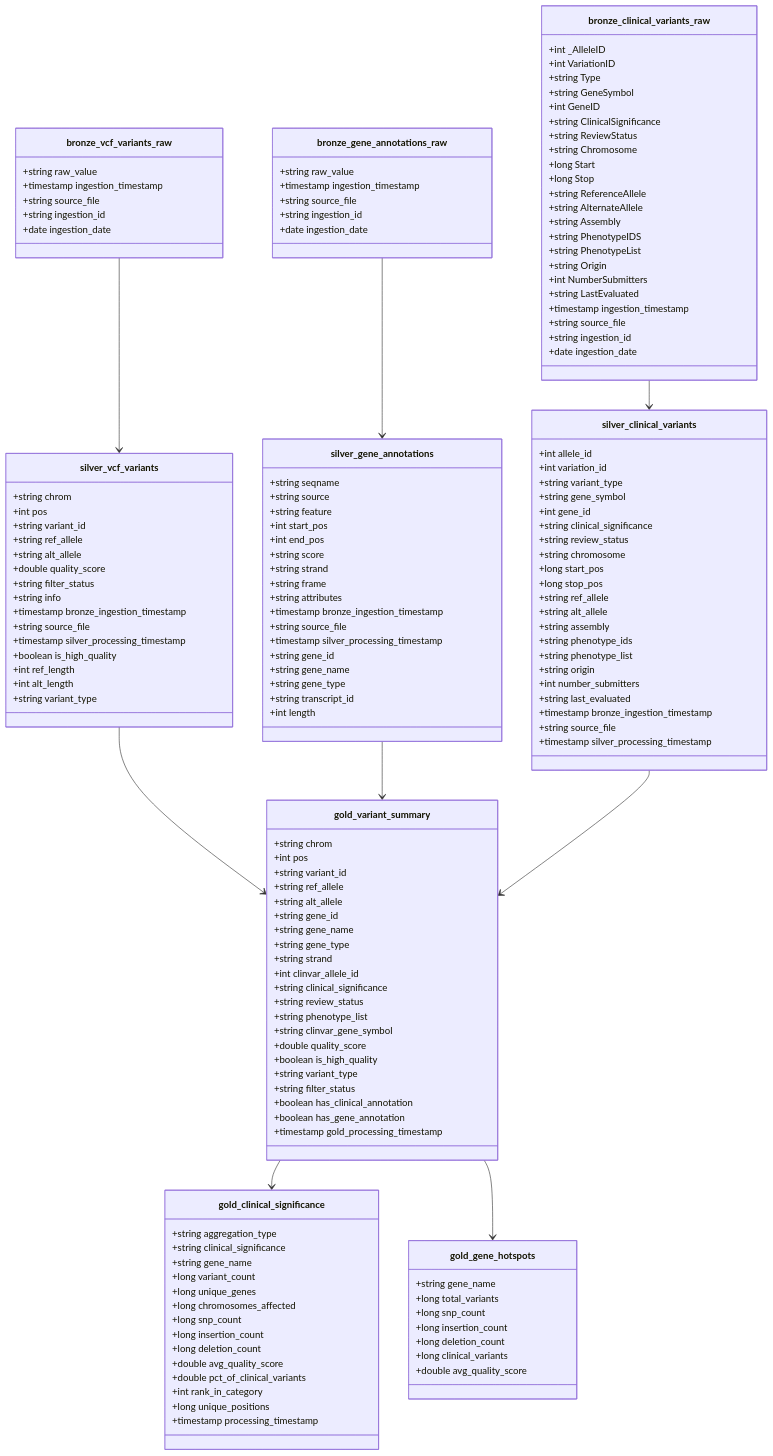
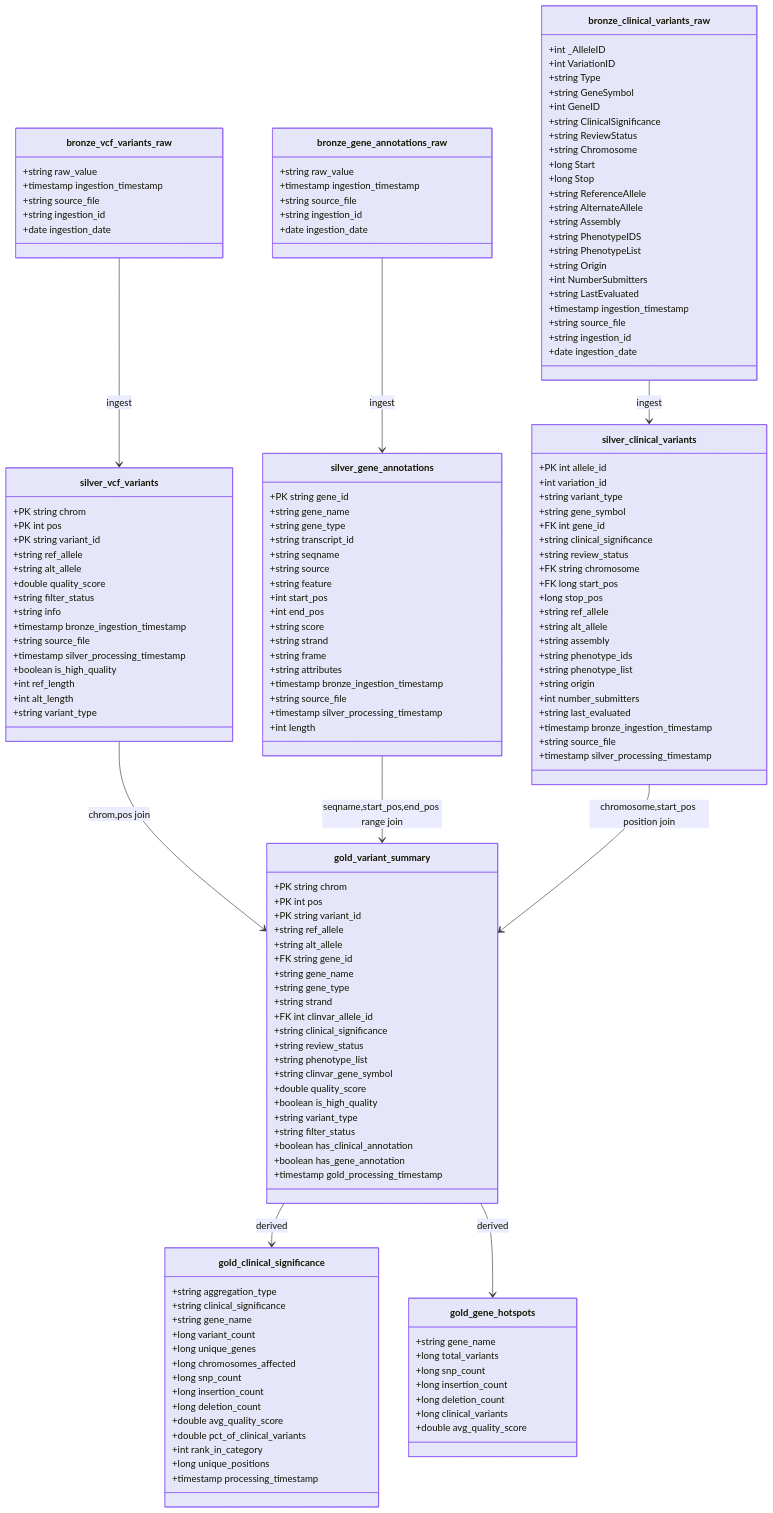
One commit to Manasa0512/Databricks changed the second of 2 diagrams in pipeline_diagram.md. Above: the diagram before and after it, drawn with Mermaid. The commit also changed other lines of this file, not shown here.

````diff
--- a/pipeline_diagram.md
+++ b/pipeline_diagram.md
@@ -101,9 +101,9 @@
         +date ingestion_date
     }
     class silver_vcf_variants {
-        +string chrom
-        +int pos
-        +string variant_id
+        +PK string chrom
+        +PK int pos
+        +PK string variant_id
         +string ref_allele
         +string alt_allele
         +double quality_score
@@ -118,6 +118,10 @@
         +string variant_type
     }
     class silver_gene_annotations {
+        +PK string gene_id
+        +string gene_name
+        +string gene_type
+        +string transcript_id
         +string seqname
         +string source
         +string feature
@@ -130,22 +134,18 @@
         +timestamp bronze_ingestion_timestamp
         +string source_file
         +timestamp silver_processing_timestamp
-        +string gene_id
-        +string gene_name
-        +string gene_type
-        +string transcript_id
         +int length
     }
     class silver_clinical_variants {
-        +int allele_id
+        +PK int allele_id
         +int variation_id
         +string variant_type
         +string gene_symbol
-        +int gene_id
+        +FK int gene_id
         +string clinical_significance
         +string review_status
-        +string chromosome
-        +long start_pos
+        +FK string chromosome
+        +FK long start_pos
         +long stop_pos
         +string ref_allele
         +string alt_allele
@@ -160,16 +160,16 @@
         +timestamp silver_processing_timestamp
     }
     class gold_variant_summary {
-        +string chrom
-        +int pos
-        +string variant_id
+        +PK string chrom
+        +PK int pos
+        +PK string variant_id
         +string ref_allele
         +string alt_allele
-        +string gene_id
+        +FK string gene_id
         +string gene_name
         +string gene_type
         +string strand
-        +int clinvar_allele_id
+        +FK int clinvar_allele_id
         +string clinical_significance
         +string review_status
         +string phenotype_list
@@ -208,12 +208,22 @@
         +double avg_quality_score
     }
 
-    bronze_vcf_variants_raw --> silver_vcf_variants
-    bronze_gene_annotations_raw --> silver_gene_annotations
-    bronze_clinical_variants_raw --> silver_clinical_variants
-    silver_vcf_variants --> gold_variant_summary
-    silver_gene_annotations --> gold_variant_summary
-    silver_clinical_variants --> gold_variant_summary
-    gold_variant_summary --> gold_clinical_significance
-    gold_variant_summary --> gold_gene_hotspots
+    bronze_vcf_variants_raw --> silver_vcf_variants : ingest
+    bronze_gene_annotations_raw --> silver_gene_annotations : ingest
+    bronze_clinical_variants_raw --> silver_clinical_variants : ingest
+    silver_vcf_variants --> gold_variant_summary : chrom,pos join
+    silver_gene_annotations --> gold_variant_summary : seqname,start_pos,end_pos range join
+    silver_clinical_variants --> gold_variant_summary : chromosome,start_pos position join
+    gold_variant_summary --> gold_clinical_significance : derived
+    gold_variant_summary --> gold_gene_hotspots : derived
+
+    style bronze_vcf_variants_raw fill:#E6E6FA,stroke:#8B5CF6
+    style bronze_gene_annotations_raw fill:#E6E6FA,stroke:#8B5CF6
+    style bronze_clinical_variants_raw fill:#E6E6FA,stroke:#8B5CF6
+    style silver_vcf_variants fill:#E6E6FA,stroke:#8B5CF6
+    style silver_gene_annotations fill:#E6E6FA,stroke:#8B5CF6
+    style silver_clinical_variants fill:#E6E6FA,stroke:#8B5CF6
+    style gold_variant_summary fill:#E6E6FA,stroke:#8B5CF6
+    style gold_clinical_significance fill:#E6E6FA,stroke:#8B5CF6
+    style gold_gene_hotspots fill:#E6E6FA,stroke:#8B5CF6
 ```
````
